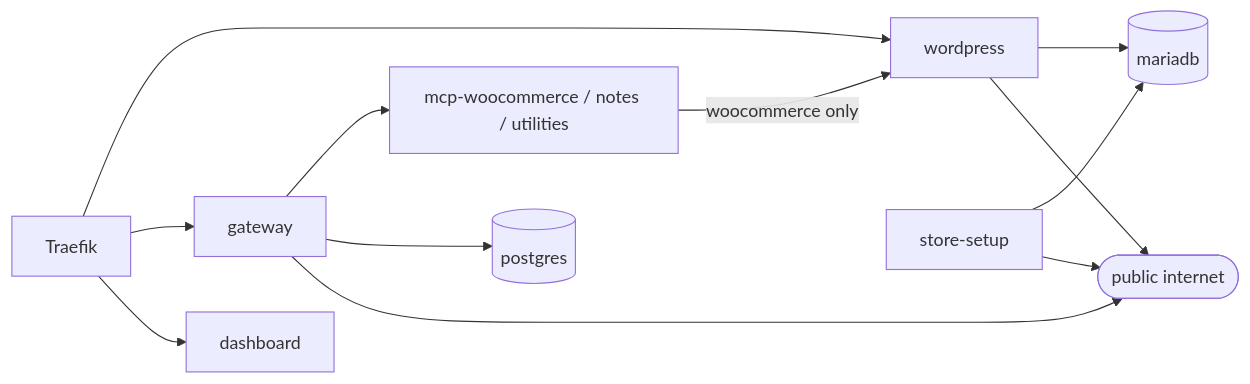
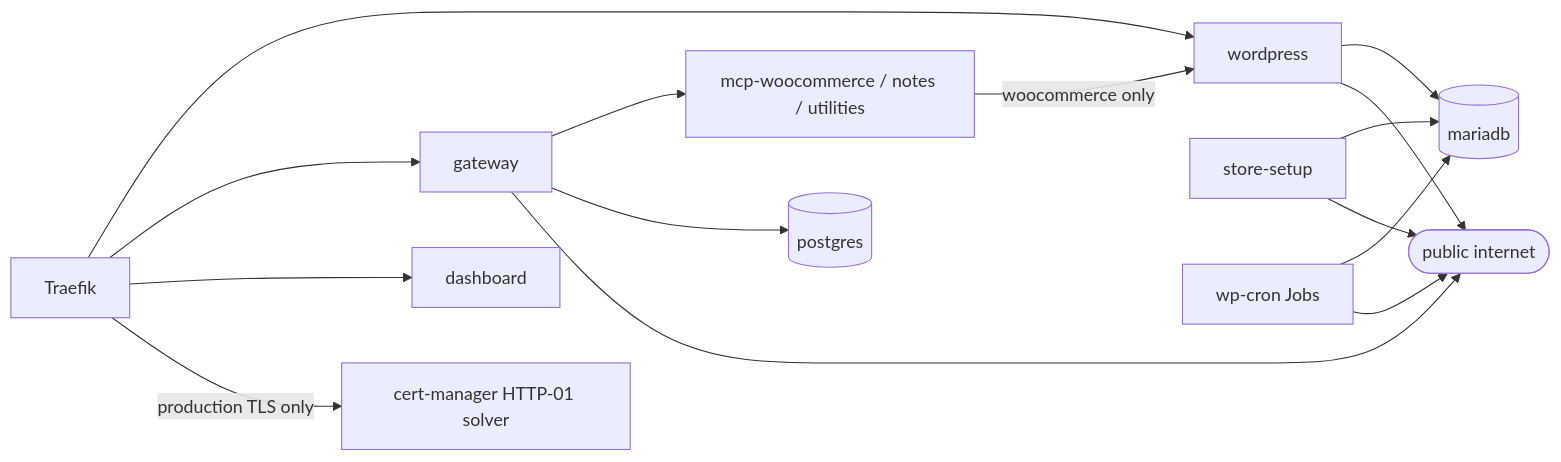
Before and after one commit to tushar66sharma/MCP-Gateway-on-Kubernetes: the second of 2 diagrams in docs/security.md, drawn with Mermaid. The commit also changed other lines of this file and 19 other files, not shown here.

````diff
--- a/docs/security.md
+++ b/docs/security.md
@@ -215,14 +215,17 @@
 ```mermaid
 flowchart LR
   T["Traefik"] --> WP["wordpress"]
   T --> G["gateway"]
   T --> D["dashboard"]
   G --> M["mcp-woocommerce / notes / utilities"]
   G --> PG[("postgres")]
   M -- "woocommerce only" --> WP
   WP --> DB[("mariadb")]
   SS["store-setup"] --> DB
+  CR["wp-cron Jobs"] --> DB
+  T -- "production TLS only" --> AS["cert-manager HTTP-01 solver"]
   G --> NET(["public internet"])
   WP --> NET
   SS --> NET
+  CR --> NET
 ```
````
